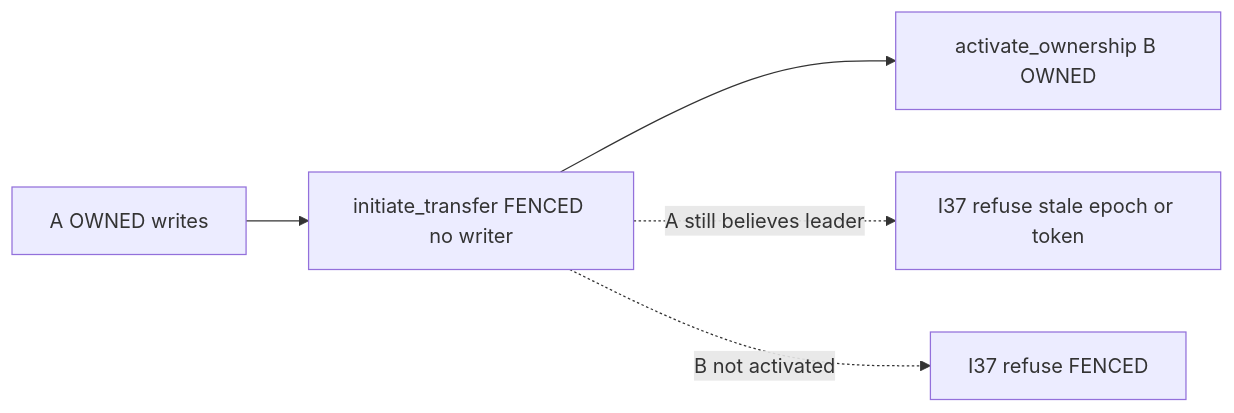
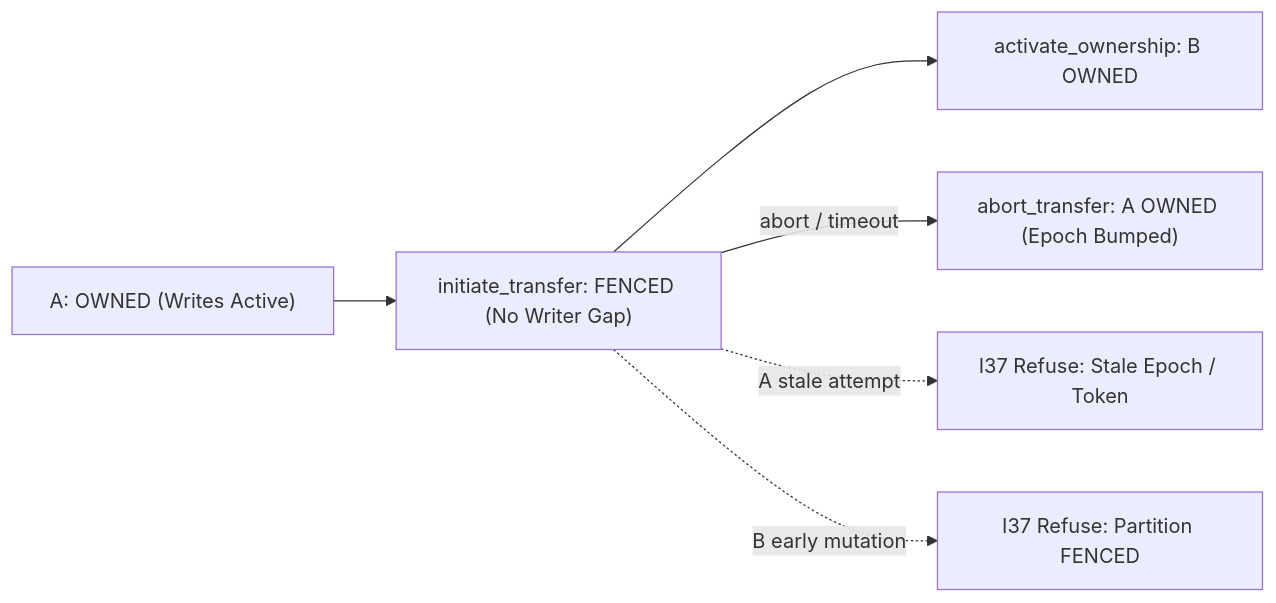
Before and after one commit to AviralGup7/Singularity-Zero: the third of 29 diagrams in docs/flowchart.md, drawn with Mermaid. The commit also changed other lines of this file and 6 other files, not shown here.

Commit message:
feat(atlas): complete atlas audit hardening, code improvements, invariant registry, and charts F-034..F-045

````diff
--- a/docs/flowchart.md
+++ b/docs/flowchart.md
@@ -131,7 +164,8 @@
 ```mermaid
 flowchart LR
-    OwnedA["A OWNED writes"] --> Fence["initiate_transfer FENCED no writer"]
-    Fence --> OwnedB["activate_ownership B OWNED"]
-    Fence -.->|"A still believes leader"| RejectA["I37 refuse stale epoch or token"]
-    Fence -.->|"B not activated"| RejectB["I37 refuse FENCED"]
+    OwnedA["A: OWNED (Writes Active)"]:::impl --> Fence["initiate_transfer: FENCED (No Writer Gap)"]:::impl
+    Fence --> OwnedB["activate_ownership: B OWNED"]:::impl
+    Fence -->|"abort / timeout"| AbortA["abort_transfer: A OWNED (Epoch Bumped)"]:::impl
+    Fence -.->|"A stale attempt"| RejectA["I37 Refuse: Stale Epoch / Token"]:::forbidden
+    Fence -.->|"B early mutation"| RejectB["I37 Refuse: Partition FENCED"]:::forbidden
 ```
````
